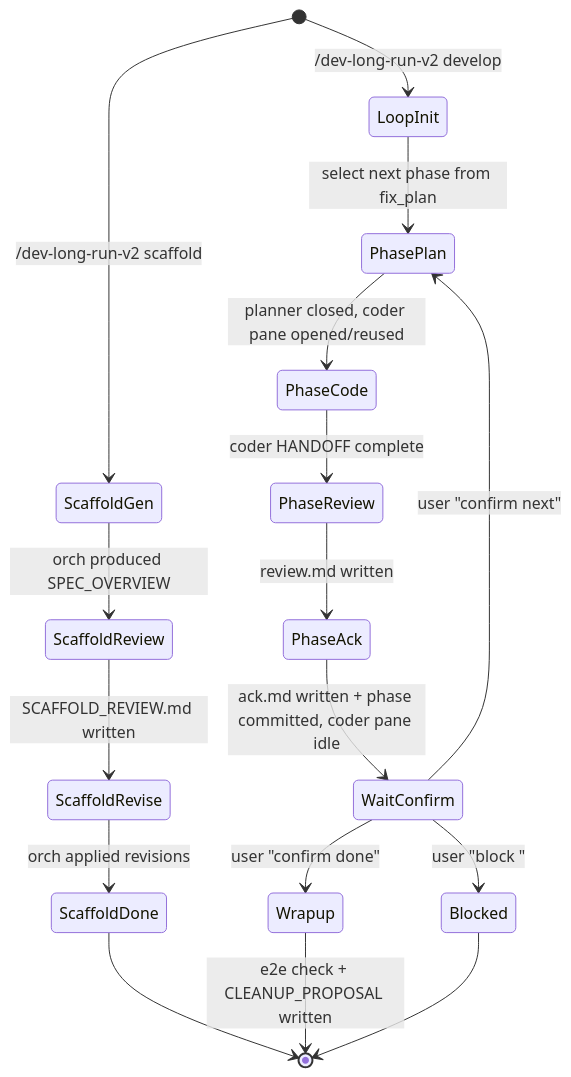
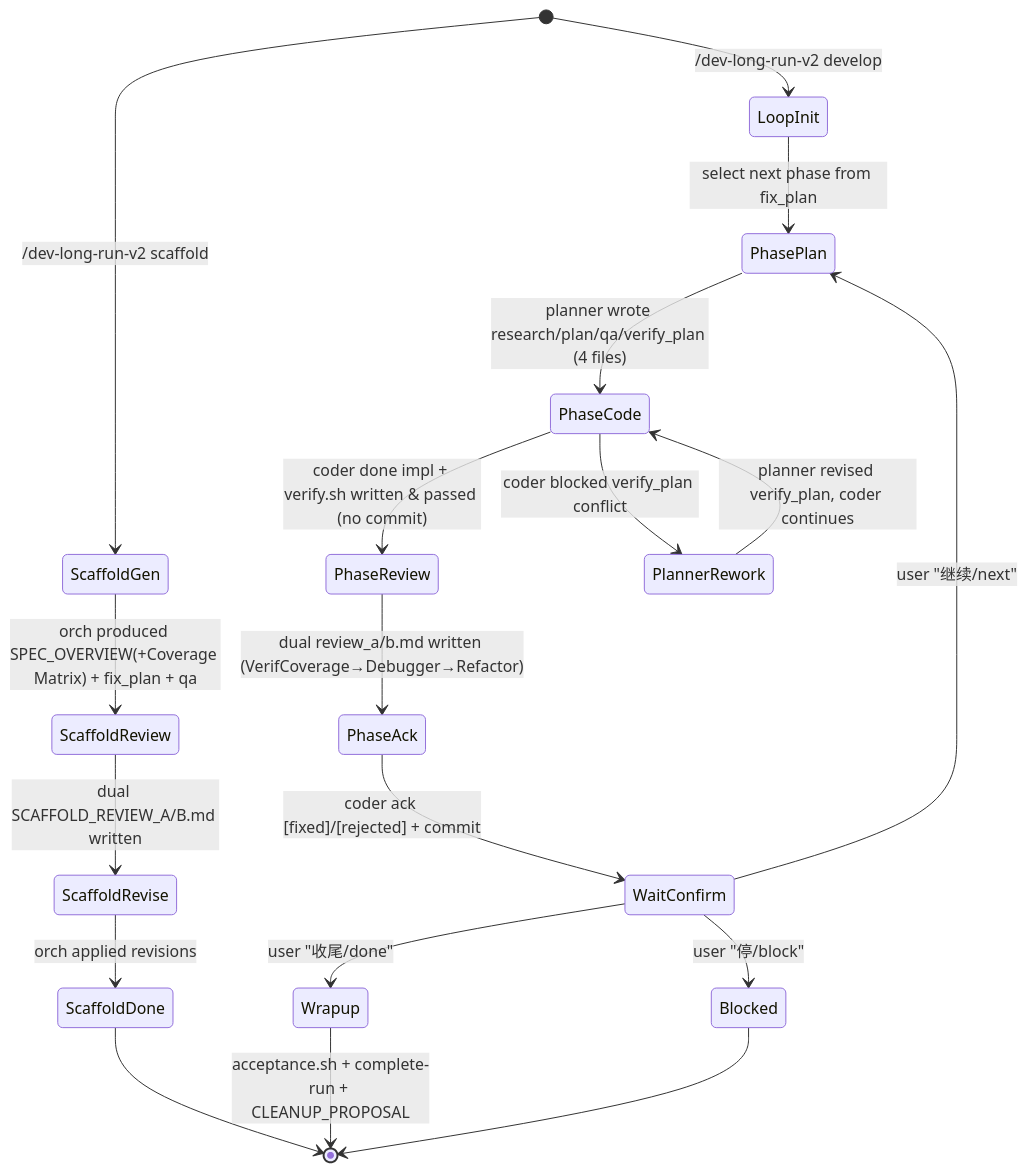
One commit to notdp/.dotfiles changed the diagram in docs/specs/dev-long-run-v2/overview.md. Above: the diagram before and after it, drawn with Mermaid. The commit also changed other lines of this file and 8 other files, not shown here.

First line of the commit message:
feat(lr2): 质量前移 — Coverage Matrix + verify_plan + Verification Coverage

````diff
--- a/docs/specs/dev-long-run-v2/overview.md
+++ b/docs/specs/dev-long-run-v2/overview.md
@@ -261,20 +269,22 @@
 ```mermaid
 stateDiagram-v2
     [*] --> ScaffoldGen: /dev-long-run-v2 scaffold
-    ScaffoldGen --> ScaffoldReview: orch produced SPEC_OVERVIEW
-    ScaffoldReview --> ScaffoldRevise: SCAFFOLD_REVIEW.md written
+    ScaffoldGen --> ScaffoldReview: orch produced SPEC_OVERVIEW(+Coverage Matrix) + fix_plan + qa
+    ScaffoldReview --> ScaffoldRevise: dual SCAFFOLD_REVIEW_A/B.md written
     ScaffoldRevise --> ScaffoldDone: orch applied revisions
     ScaffoldDone --> [*]
 
     [*] --> LoopInit: /dev-long-run-v2 develop
     LoopInit --> PhasePlan: select next phase from fix_plan
-    PhasePlan --> PhaseCode: planner closed, coder pane opened/reused
-    PhaseCode --> PhaseReview: coder HANDOFF complete
-    PhaseReview --> PhaseAck: review.md written
-    PhaseAck --> WaitConfirm: ack.md written + phase committed, coder pane idle
-    WaitConfirm --> PhasePlan: user "confirm next"
-    WaitConfirm --> Wrapup: user "confirm done"
-    WaitConfirm --> Blocked: user "block <reason>"
-    Wrapup --> [*]: e2e check + CLEANUP_PROPOSAL written
+    PhasePlan --> PhaseCode: planner wrote research/plan/qa/verify_plan (4 files)
+    PhaseCode --> PhaseReview: coder done impl + verify.sh written & passed (no commit)
+    PhaseReview --> PhaseAck: dual review_a/b.md written (VerifCoverage→Debugger→Refactor)
+    PhaseAck --> WaitConfirm: coder ack [fixed]/[rejected] + commit
+    WaitConfirm --> PhasePlan: user "继续/next"
+    WaitConfirm --> Wrapup: user "收尾/done"
+    WaitConfirm --> Blocked: user "停/block"
+    PhaseCode --> PlannerRework: coder blocked verify_plan conflict
+    PlannerRework --> PhaseCode: planner revised verify_plan, coder continues
+    Wrapup --> [*]: acceptance.sh + complete-run + CLEANUP_PROPOSAL
     Blocked --> [*]
 ```
````
